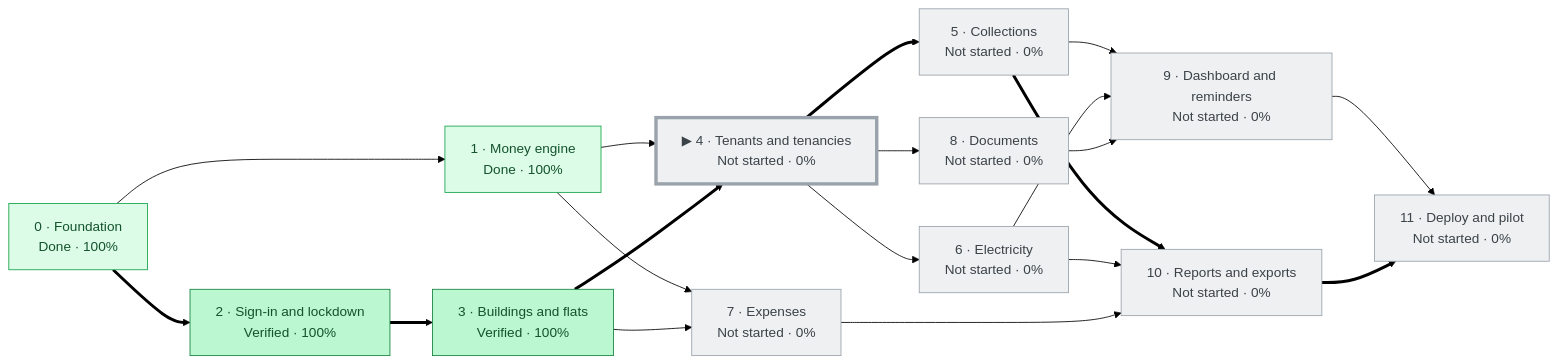
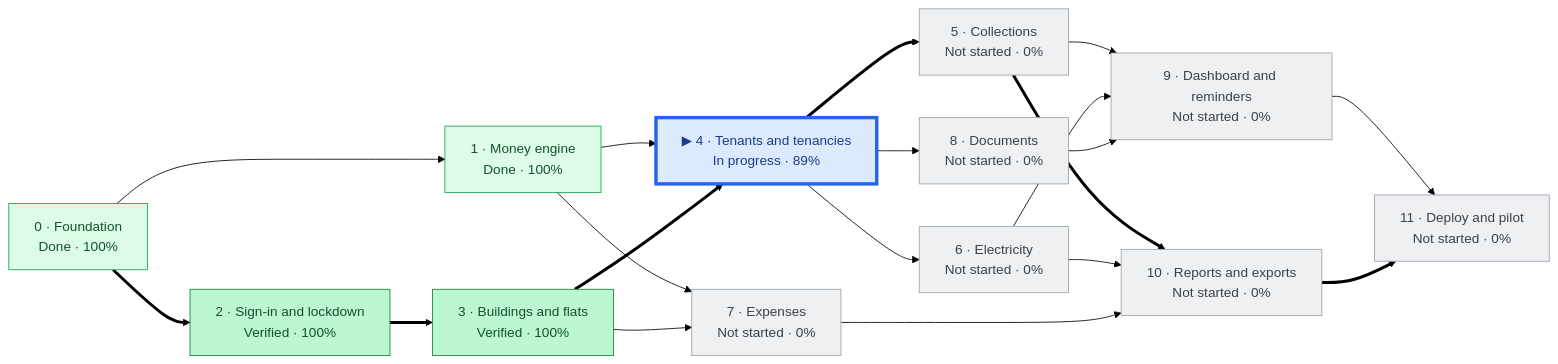
One commit to aakashworkspace13-it/Property_Management changed the diagram in docs/tracker/TRACKER.md. Above: the diagram before and after it, drawn with Mermaid (forest theme). The commit also changed other lines of this file and 25 other files, not shown here.

````diff
--- a/docs/tracker/TRACKER.md
+++ b/docs/tracker/TRACKER.md
@@ -28,53 +29,53 @@
 ```mermaid
 flowchart LR
   P0["0 · Foundation<br/>Done · 100%"]
   P1["1 · Money engine<br/>Done · 100%"]
   P2["2 · Sign-in and lockdown<br/>Verified · 100%"]
   P3["3 · Buildings and flats<br/>Verified · 100%"]
-  P4["▶ 4 · Tenants and tenancies<br/>Not started · 0%"]
+  P4["▶ 4 · Tenants and tenancies<br/>In progress · 89%"]
   P5["5 · Collections<br/>Not started · 0%"]
   P6["6 · Electricity<br/>Not started · 0%"]
   P7["7 · Expenses<br/>Not started · 0%"]
   P8["8 · Documents<br/>Not started · 0%"]
   P9["9 · Dashboard and reminders<br/>Not started · 0%"]
   P10["10 · Reports and exports<br/>Not started · 0%"]
   P11["11 · Deploy and pilot<br/>Not started · 0%"]
   P0 --> P1
   P0 ==> P2
   P2 ==> P3
   P1 --> P4
   P3 ==> P4
   P4 ==> P5
   P4 --> P6
   P1 --> P7
   P3 --> P7
   P4 --> P8
   P5 --> P9
   P6 --> P9
   P8 --> P9
   P5 ==> P10
   P6 --> P10
   P7 --> P10
   P9 --> P11
   P10 ==> P11
   classDef notstarted fill:#eef0f2,stroke:#9aa3ab,color:#3b4248
   classDef inprogress fill:#dbeafe,stroke:#2563eb,color:#1e3a8a
   classDef blocked fill:#fee2e2,stroke:#dc2626,color:#7f1d1d
   classDef done fill:#dcfce7,stroke:#16a34a,color:#14532d
   classDef verified fill:#bbf7d0,stroke:#15803d,color:#14532d
   classDef current stroke-width:4px
   classDef recheck stroke:#d97706,stroke-dasharray:5 3
   class P0 done
   class P1 done
   class P2 verified
   class P3 verified
-  class P4 notstarted
+  class P4 inprogress
   class P5 notstarted
   class P6 notstarted
   class P7 notstarted
   class P8 notstarted
   class P9 notstarted
   class P10 notstarted
   class P11 notstarted
   class P4 current
 ```
````
